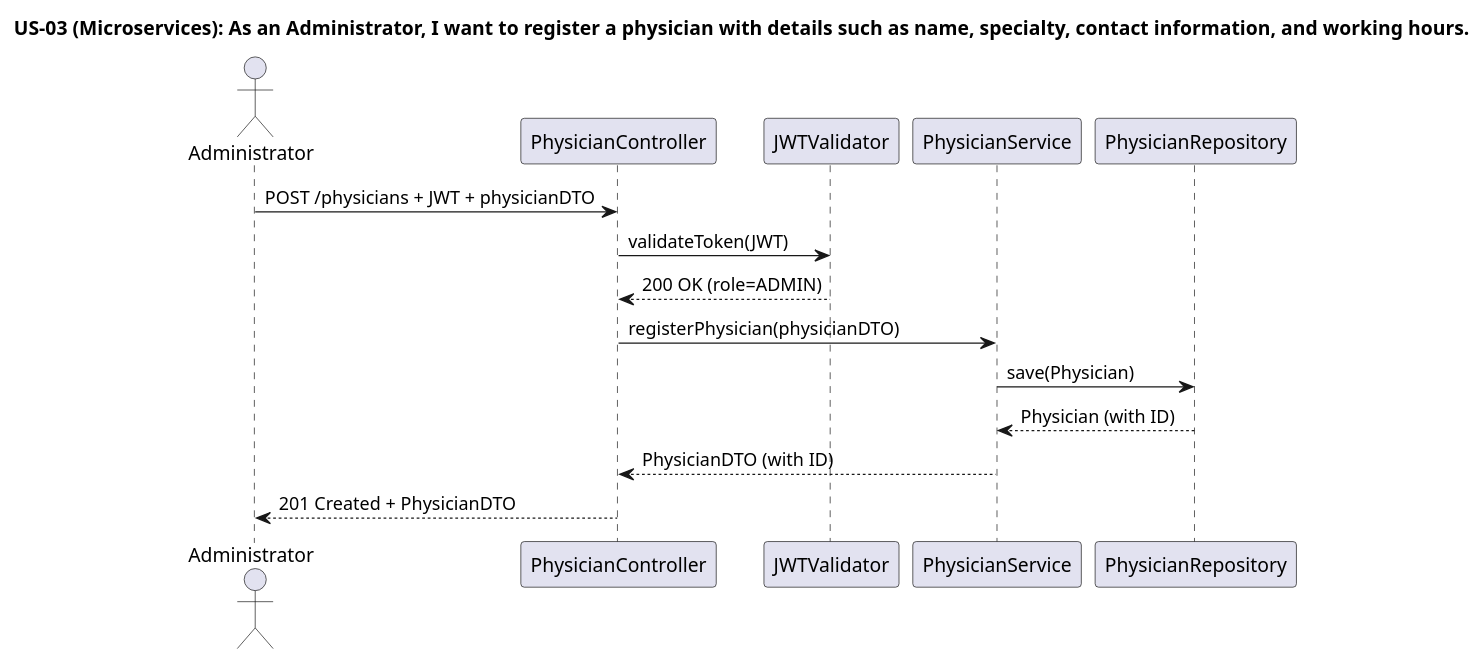
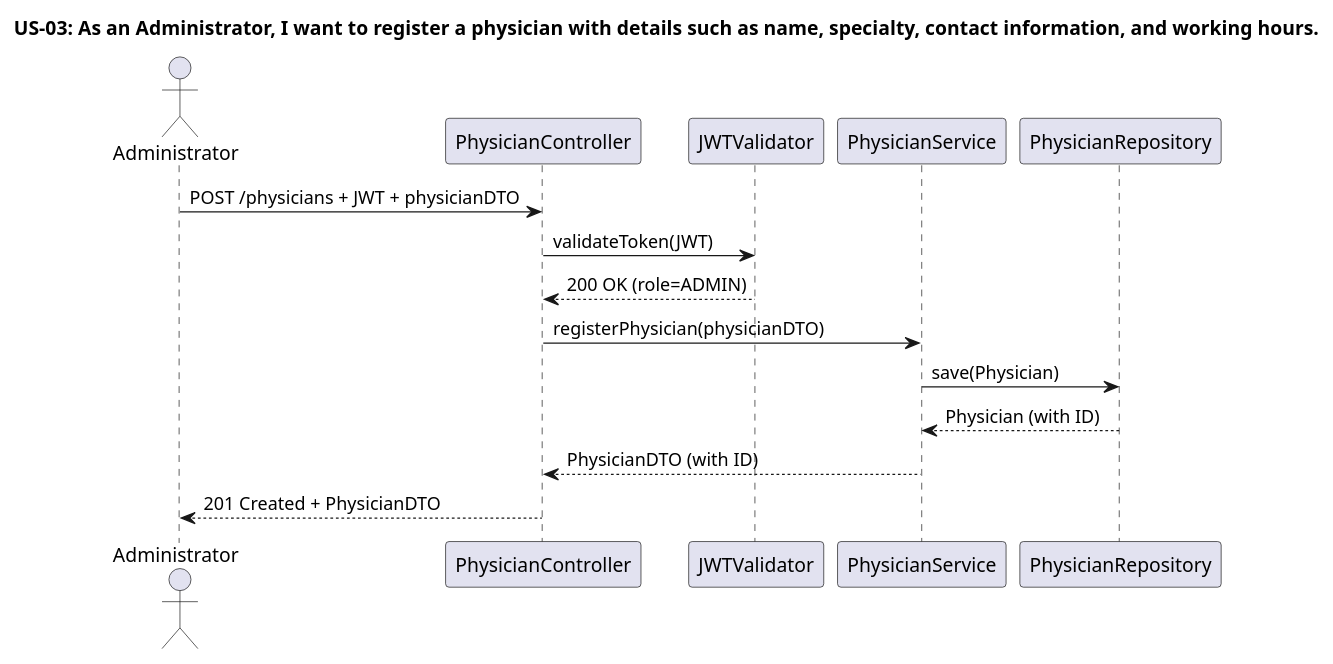
One commit to 1211104/PROJ_SIDIS2025 changed the diagram in docs/WP#1A/US-03.puml. Above: the diagram before and after it, drawn with PlantUML. The commit also changed 7 other files, not shown here.

```diff
--- a/docs/WP#1A/US-03.puml
+++ b/docs/WP#1A/US-03.puml
@@ -1,19 +1,19 @@
 @startuml
-title US-03 (Microservices): As an Administrator, I want to register a physician with details such as name, specialty, contact information, and working hours.
+title US-03: As an Administrator, I want to register a physician with details such as name, specialty, contact information, and working hours.
 
 actor Administrator
 participant "PhysicianController" as controller
 participant "JWTValidator" as jwt
 participant "PhysicianService" as service
 participant "PhysicianRepository" as repo
 
 Administrator -> controller : POST /physicians + JWT + physicianDTO
 controller -> jwt : validateToken(JWT)
 jwt --> controller : 200 OK (role=ADMIN)
 
 controller -> service : registerPhysician(physicianDTO)
 service -> repo : save(Physician)
 repo --> service : Physician (with ID)
 service --> controller : PhysicianDTO (with ID)
 controller --> Administrator : 201 Created + PhysicianDTO
 @enduml
```
